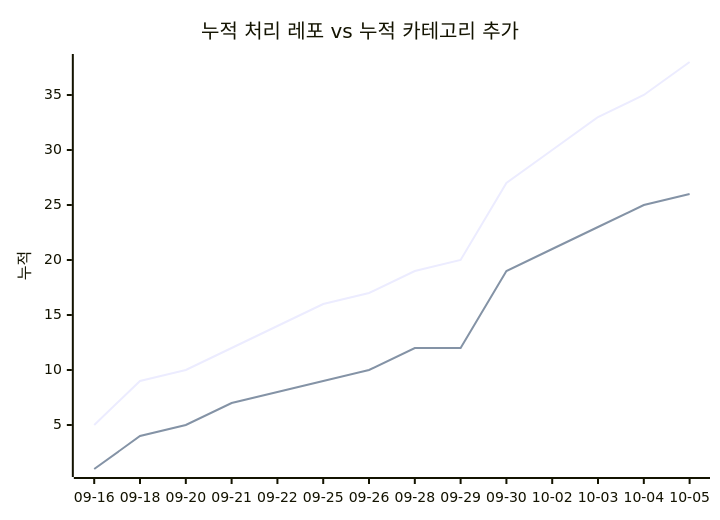
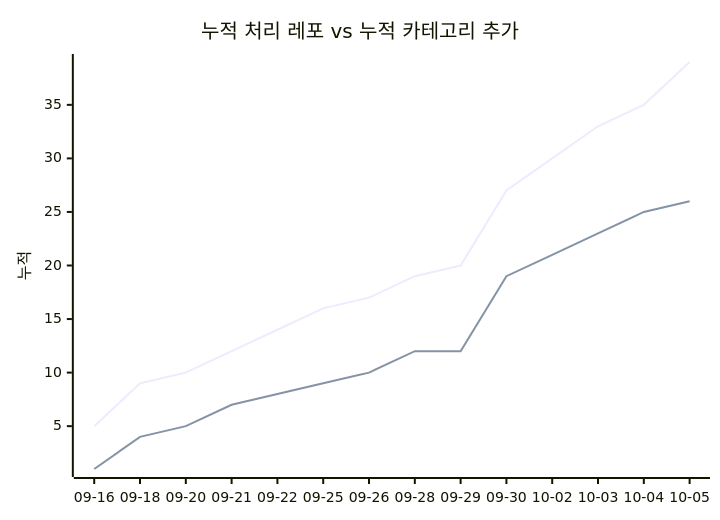
Before and after one commit to J-nowcow/awesome-korean-agent-skills: the second of 2 diagrams in docs/trends.md, drawn with Mermaid. The commit also changed other lines of this file and 2 other files, not shown here.

````diff
--- a/docs/trends.md
+++ b/docs/trends.md
@@ -68,8 +68,8 @@
 ```mermaid
 xychart-beta
     title "누적 처리 레포 vs 누적 카테고리 추가"
     x-axis ["09-16","09-18","09-20","09-21","09-22","09-25","09-26","09-28","09-29","09-30","10-02","10-03","10-04","10-05"]
     y-axis "누적"
-    line [5,9,10,12,14,16,17,19,20,27,30,33,35,38]
+    line [5,9,10,12,14,16,17,19,20,27,30,33,35,39]
     line [1,4,5,7,8,9,10,12,12,19,21,23,25,26]
 ```
````
